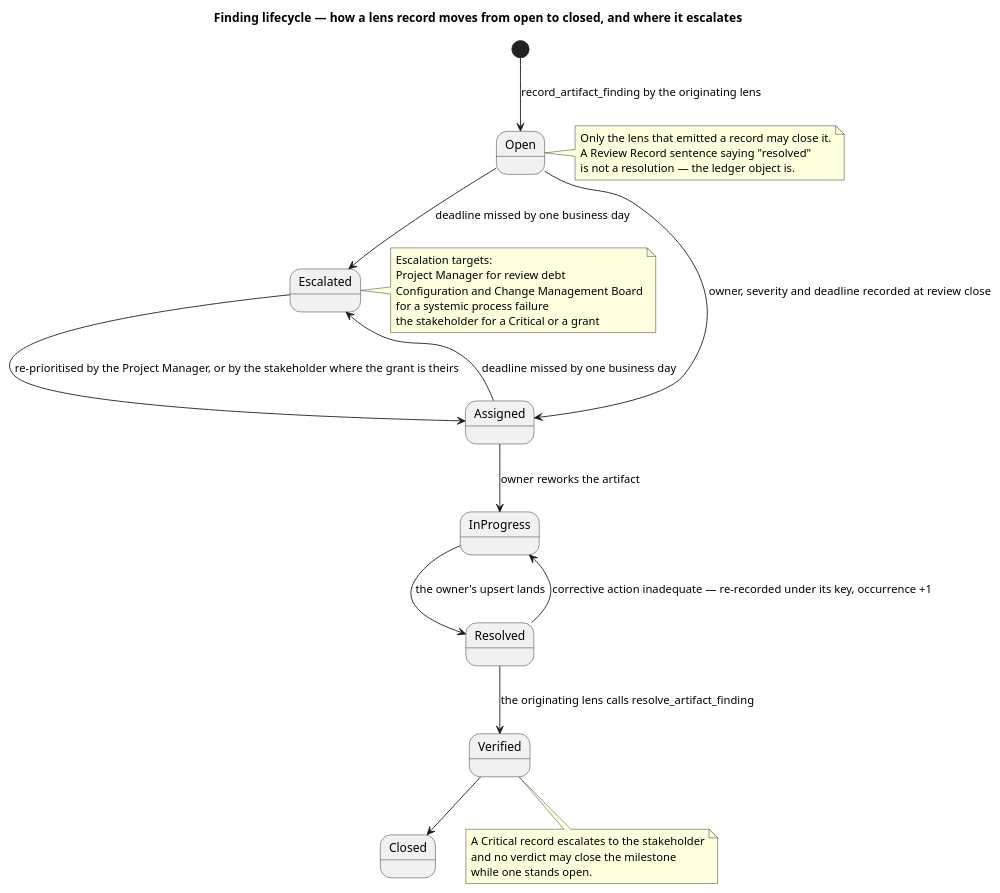
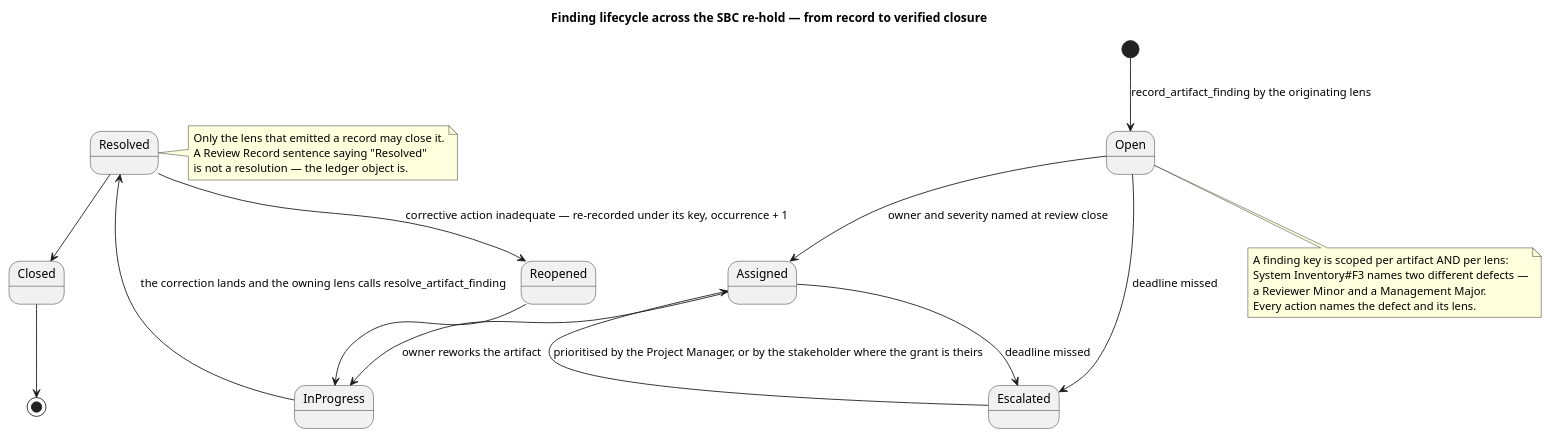
Before and after one commit to banense-test/TodoApp: the ninth of 12 diagrams in docs/artifacts/project-management/review-record.md, drawn with PlantUML. The commit also changed other lines of this file, not shown here.

First line of the commit message:
Review Coordinator [Survey2]: upsert Review Record

````diff
--- a/docs/artifacts/project-management/review-record.md
+++ b/docs/artifacts/project-management/review-record.md
@@ -963,35 +965,30 @@
 ```plantuml
 @startuml
-title Finding lifecycle — how a lens record moves from open to closed, and where it escalates
+title Finding lifecycle across the SBC re-hold — from record to verified closure
 skinparam shadowing false
 
 [*] --> Open : record_artifact_finding by the originating lens
-Open --> Assigned : owner, severity and deadline recorded at review close
+Open --> Assigned : owner and severity named at review close
 Assigned --> InProgress : owner reworks the artifact
-InProgress --> Resolved : the owner's upsert lands
-Resolved --> Verified : the originating lens calls resolve_artifact_finding
-Resolved --> InProgress : corrective action inadequate — re-recorded under its key, occurrence +1
-Verified --> Closed
-Open --> Escalated : deadline missed by one business day
-Assigned --> Escalated : deadline missed by one business day
-Escalated --> Assigned : re-prioritised by the Project Manager, or by the stakeholder where the grant is theirs
+InProgress --> Resolved : the correction lands and the owning lens calls resolve_artifact_finding
+Resolved --> Reopened : corrective action inadequate — re-recorded under its key, occurrence + 1
+Reopened --> InProgress
+Resolved --> Closed
+Open --> Escalated : deadline missed
+Assigned --> Escalated : deadline missed
+Escalated --> Assigned : prioritised by the Project Manager, or by the stakeholder where the grant is theirs
+Closed --> [*]
 
-note right of Open
+note right of Resolved
   Only the lens that emitted a record may close it.
-  A Review Record sentence saying "resolved"
+  A Review Record sentence saying "Resolved"
   is not a resolution — the ledger object is.
 end note
-note right of Escalated
-  Escalation targets:
-  Project Manager for review debt
-  Configuration and Change Management Board
-  for a systemic process failure
-  the stakeholder for a Critical or a grant
-end note
-note bottom of Verified
-  A Critical record escalates to the stakeholder
-  and no verdict may close the milestone
-  while one stands open.
+note bottom of Open
+  A finding key is scoped per artifact AND per lens:
+  System Inventory#F3 names two different defects —
+  a Reviewer Minor and a Management Major.
+  Every action names the defect and its lens.
 end note
 @enduml
 ```
````
